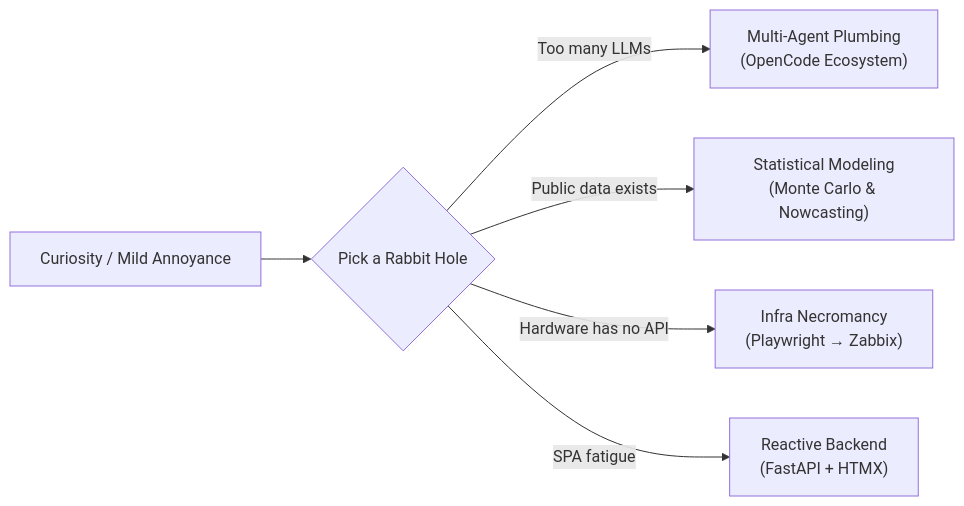
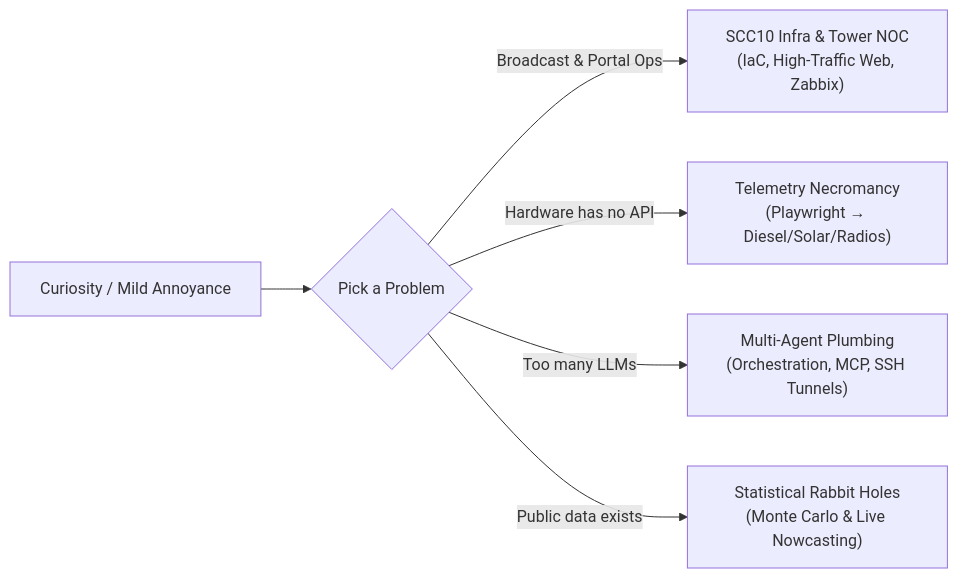
The diagram in README.md (berndof/berndof), drawn with Mermaid before and after one commit. The commit also changed other lines of this file and 1 other file, not shown here.

Commit message:
feat: replace repo list with domain breakdown (incl. SCC10/@gruposcc) and add contribution snake

````diff
--- a/README.md
+++ b/README.md
@@ -21,8 +24,8 @@
 ```mermaid
 flowchart LR
-    A["Curiosity / Mild Annoyance"] --> B{"Pick a Rabbit Hole"}
-    B -->|Too many LLMs| C["Multi-Agent Plumbing<br/>(OpenCode Ecosystem)"]
-    B -->|Public data exists| D["Statistical Modeling<br/>(Monte Carlo & Nowcasting)"]
-    B -->|Hardware has no API| E["Infra Necromancy<br/>(Playwright → Zabbix)"]
-    B -->|SPA fatigue| F["Reactive Backend<br/>(FastAPI + HTMX)"]
+    A["Curiosity / Mild Annoyance"] --> B{"Pick a Problem"}
+    B -->| Broadcast & Portal Ops | C["SCC10 Infra & Tower NOC<br/>(IaC, High-Traffic Web, Zabbix)"]
+    B -->| Hardware has no API | D["Telemetry Necromancy<br/>(Playwright → Diesel/Solar/Radios)"]
+    B -->| Too many LLMs | E["Multi-Agent Plumbing<br/>(Orchestration, MCP, SSH Tunnels)"]
+    B -->| Public data exists | F["Statistical Rabbit Holes<br/>(Monte Carlo & Live Nowcasting)"]
 ```
````
